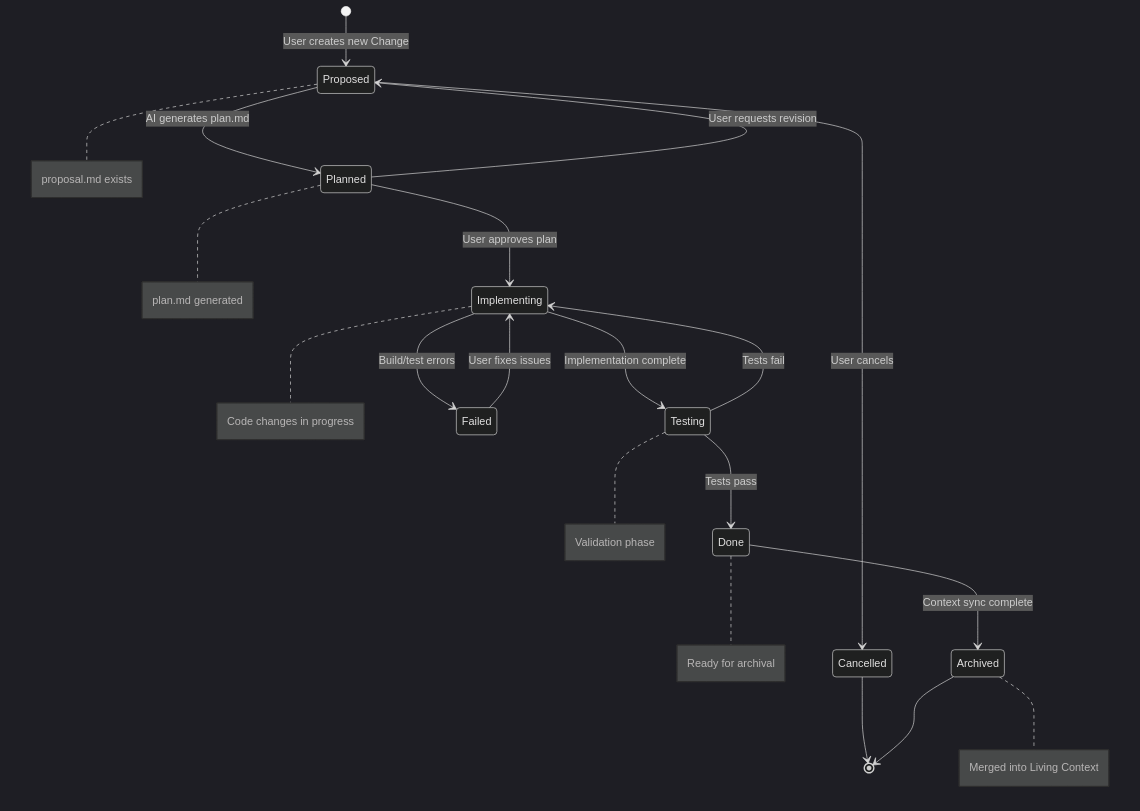
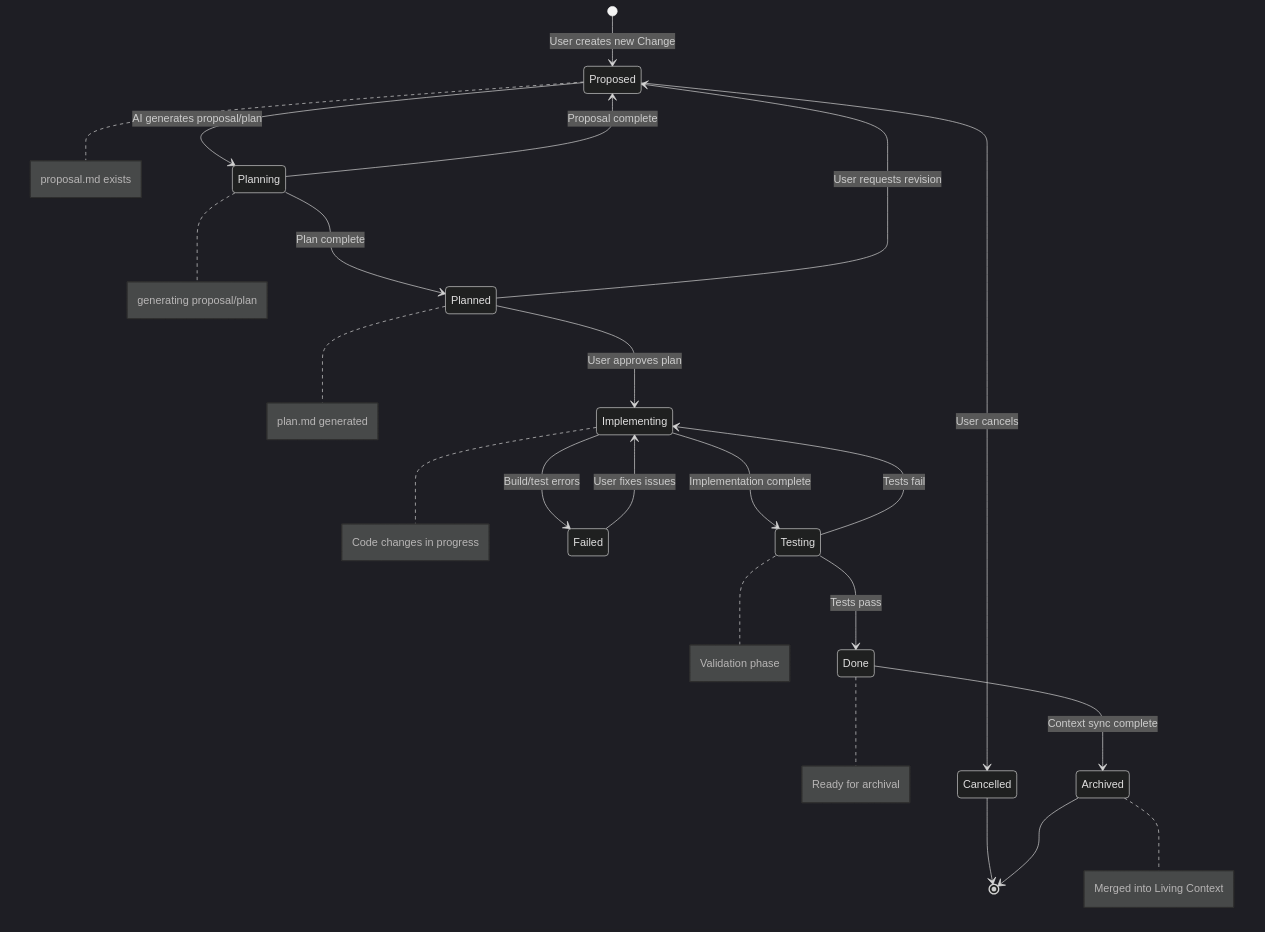
One commit to chrischeng-c4/rustation changed the first of 3 diagrams in kb/architecture/08-workflow-cesdd.md. Above: the diagram before and after it, drawn with Mermaid (dark theme). The commit also changed other lines of this file and 77 other files, not shown here.

````diff
--- a/kb/architecture/08-workflow-cesdd.md
+++ b/kb/architecture/08-workflow-cesdd.md
@@ -148,28 +150,31 @@
 ```mermaid
 stateDiagram-v2
     [*] --> Proposed: User creates new Change
 
-    Proposed --> Planned: AI generates plan.md
+    Proposed --> Planning: AI generates proposal/plan
+    Planning --> Proposed: Proposal complete
+    Planning --> Planned: Plan complete
     Proposed --> Cancelled: User cancels
 
     Planned --> Implementing: User approves plan
     Planned --> Proposed: User requests revision
 
     Implementing --> Testing: Implementation complete
     Implementing --> Failed: Build/test errors
 
     Testing --> Done: Tests pass
     Testing --> Implementing: Tests fail
 
     Done --> Archived: Context sync complete
     Failed --> Implementing: User fixes issues
     Cancelled --> [*]
     Archived --> [*]
 
     note right of Proposed: proposal.md exists
+    note right of Planning: generating proposal/plan
     note right of Planned: plan.md generated
     note right of Implementing: Code changes in progress
     note right of Testing: Validation phase
     note right of Done: Ready for archival
     note right of Archived: Merged into Living Context
 ```
````
